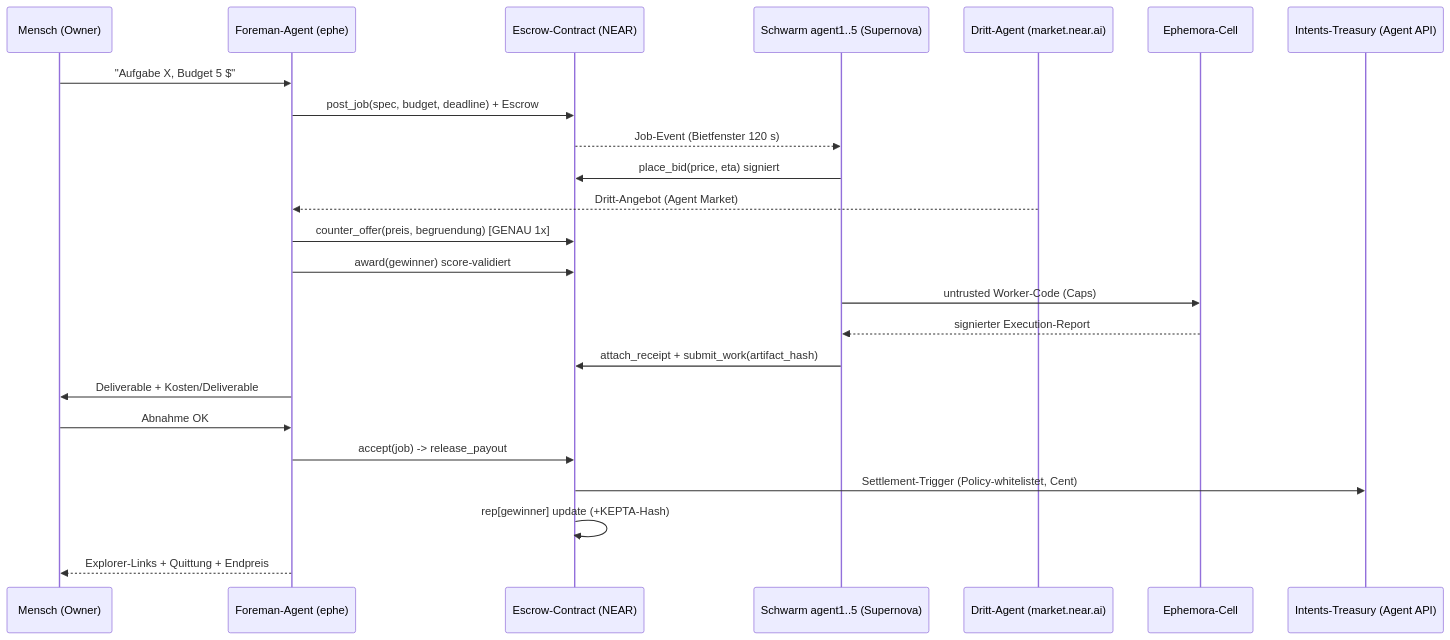
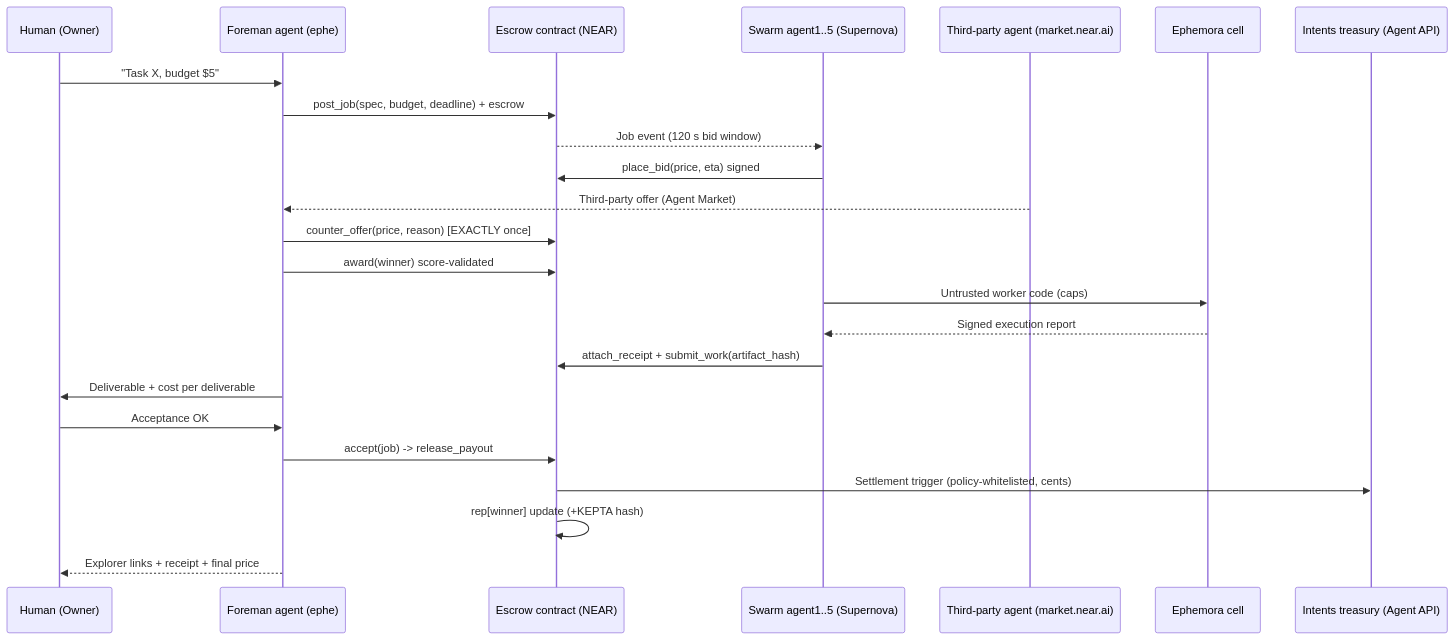
The diagram in docs/SEQUENCE.md (bemlerlabs/foreman), drawn with Mermaid before and after one commit. The commit also changed other lines of this file and 25 other files, not shown here.

````diff
--- a/docs/SEQUENCE.md
+++ b/docs/SEQUENCE.md
@@ -3,27 +3,27 @@
 ```mermaid
 sequenceDiagram
-    participant U as Mensch (Owner)
-    participant F as Foreman-Agent (ephe)
-    participant C as Escrow-Contract (NEAR)
-    participant S as Schwarm agent1..5 (Supernova)
-    participant M as Dritt-Agent (market.near.ai)
-    participant E as Ephemora-Cell
-    participant T as Intents-Treasury (Agent API)
+    participant U as Human (Owner)
+    participant F as Foreman agent (ephe)
+    participant C as Escrow contract (NEAR)
+    participant S as Swarm agent1..5 (Supernova)
+    participant M as Third-party agent (market.near.ai)
+    participant E as Ephemora cell
+    participant T as Intents treasury (Agent API)
 
-    U->>F: "Aufgabe X, Budget 5 $"
-    F->>C: post_job(spec, budget, deadline) + Escrow
-    C-->>S: Job-Event (Bietfenster 120 s)
-    S->>C: place_bid(price, eta) signiert
-    M-->>F: Dritt-Angebot (Agent Market)
-    F->>C: counter_offer(preis, begruendung) [GENAU 1x]
-    F->>C: award(gewinner) score-validiert
-    S->>E: untrusted Worker-Code (Caps)
-    E-->>S: signierter Execution-Report
+    U->>F: "Task X, budget $5"
+    F->>C: post_job(spec, budget, deadline) + escrow
+    C-->>S: Job event (120 s bid window)
+    S->>C: place_bid(price, eta) signed
+    M-->>F: Third-party offer (Agent Market)
+    F->>C: counter_offer(price, reason) [EXACTLY once]
+    F->>C: award(winner) score-validated
+    S->>E: Untrusted worker code (caps)
+    E-->>S: Signed execution report
     S->>C: attach_receipt + submit_work(artifact_hash)
-    F->>U: Deliverable + Kosten/Deliverable
-    U->>F: Abnahme OK
+    F->>U: Deliverable + cost per deliverable
+    U->>F: Acceptance OK
     F->>C: accept(job) -> release_payout
-    C->>T: Settlement-Trigger (Policy-whitelistet, Cent)
-    C->>C: rep[gewinner] update (+KEPTA-Hash)
-    F-->>U: Explorer-Links + Quittung + Endpreis
+    C->>T: Settlement trigger (policy-whitelisted, cents)
+    C->>C: rep[winner] update (+KEPTA hash)
+    F-->>U: Explorer links + receipt + final price
 ```
````
